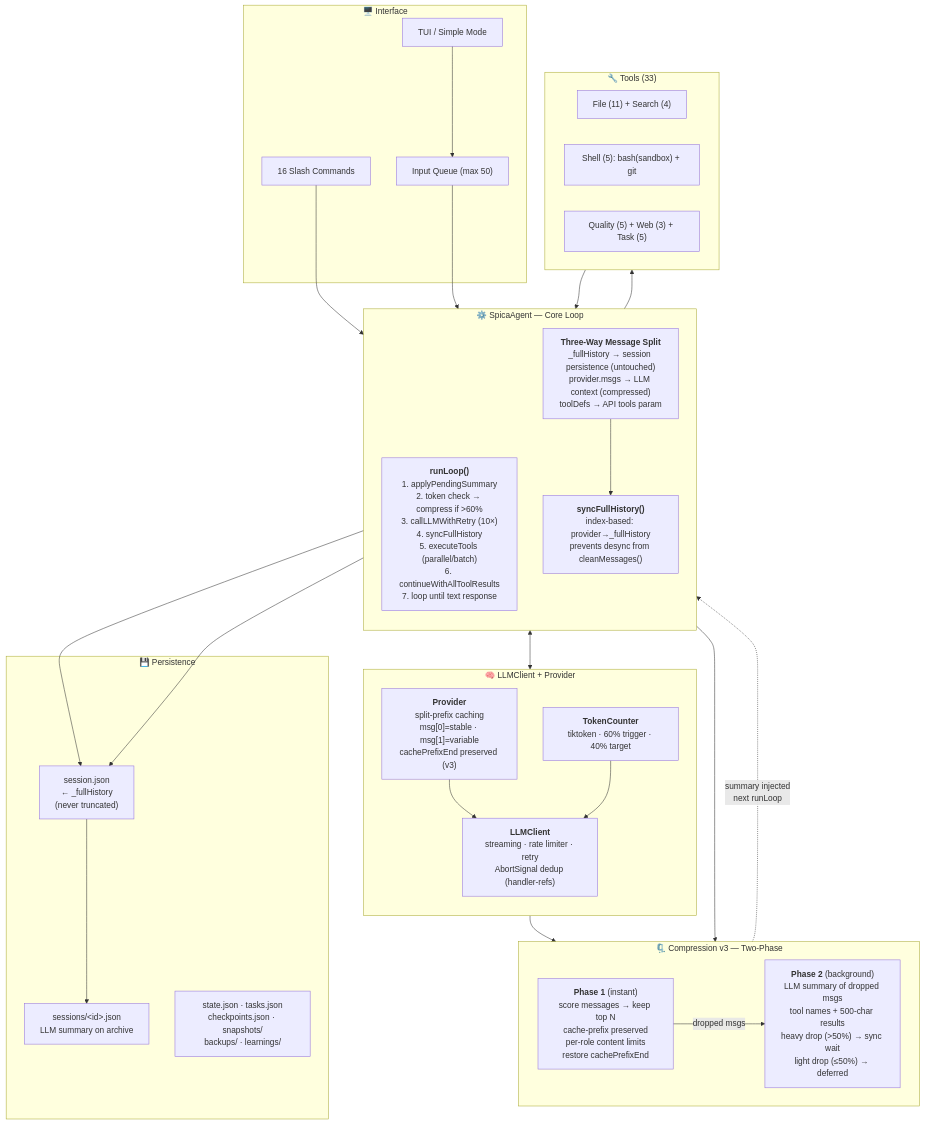
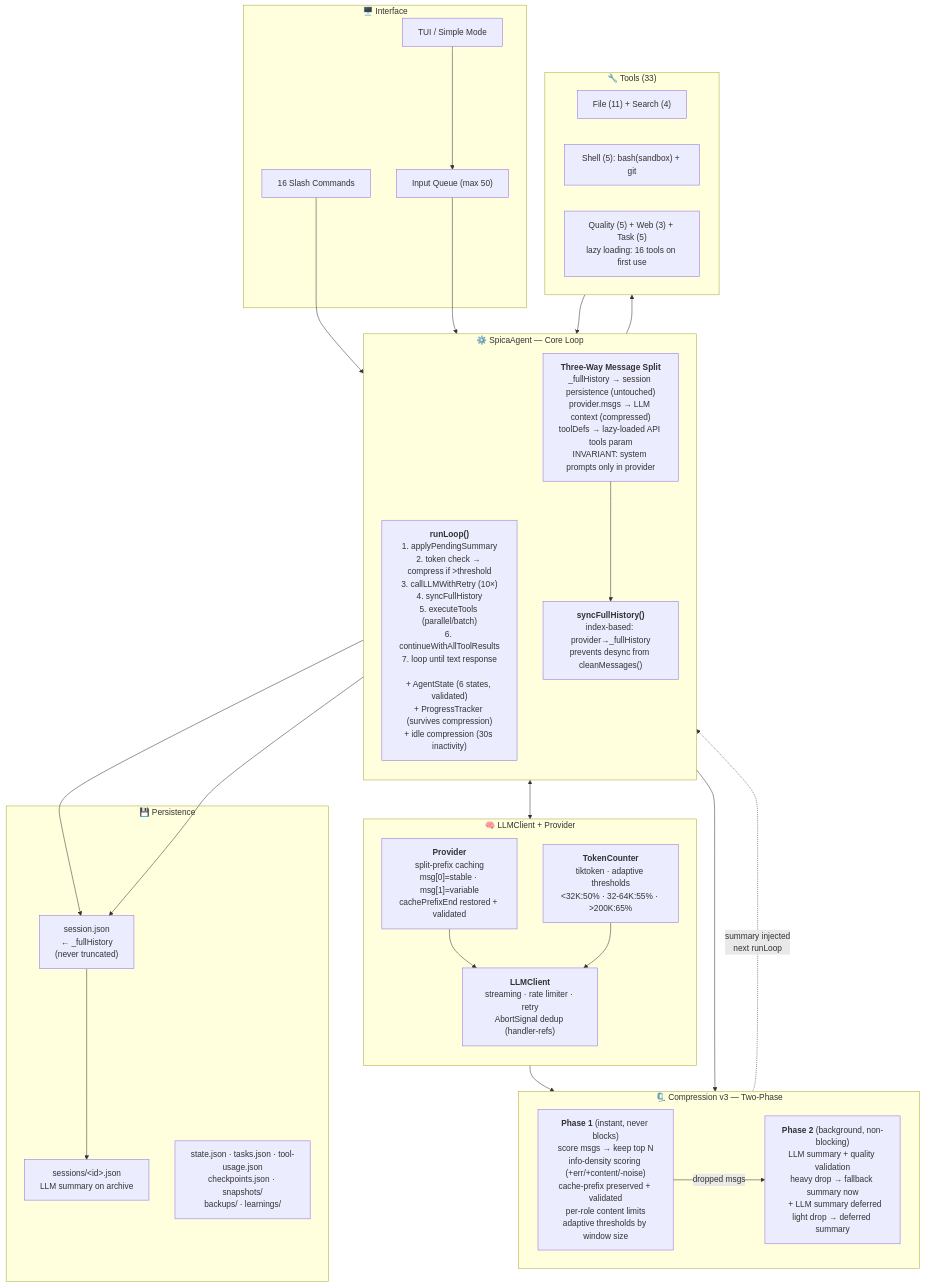
Before and after one commit to linnin233/spica-cli: the diagram in docs/architecture-simplified.mermaid, drawn with Mermaid. The commit also changed 5 other files, not shown here.

First line of the commit message:
docs(architecture): update diagrams for 12 tech-debt fixes

```diff
--- a/docs/architecture-simplified.mermaid
+++ b/docs/architecture-simplified.mermaid
@@ -1,64 +1,64 @@
 graph TB
     %% ═══════════════════════════════════════════════════════
     %% spica-cli Architecture — Simplified Version
     %% Focus: core data flows, key invariants, compression lifecycle
     %% ═══════════════════════════════════════════════════════
 
     subgraph UI["🖥️ Interface"]
         TUI["TUI / Simple Mode"]
         CMD["16 Slash Commands"]
         IQ["Input Queue (max 50)"]
     end
 
     subgraph AGENT["⚙️ SpicaAgent — Core Loop"]
         direction TB
-        LOOP["<b>runLoop()</b><br/>1. applyPendingSummary<br/>2. token check → compress if >60%<br/>3. callLLMWithRetry (10×)<br/>4. syncFullHistory<br/>5. executeTools (parallel/batch)<br/>6. continueWithAllToolResults<br/>7. loop until text response"]
-        MSG["<b>Three-Way Message Split</b><br/>_fullHistory → session persistence (untouched)<br/>provider.msgs → LLM context (compressed)<br/>toolDefs → API tools param"]
+        LOOP["<b>runLoop()</b><br/>1. applyPendingSummary<br/>2. token check → compress if >threshold<br/>3. callLLMWithRetry (10×)<br/>4. syncFullHistory<br/>5. executeTools (parallel/batch)<br/>6. continueWithAllToolResults<br/>7. loop until text response<br/><br/>+ AgentState (6 states, validated)<br/>+ ProgressTracker (survives compression)<br/>+ idle compression (30s inactivity)"]
+        MSG["<b>Three-Way Message Split</b><br/>_fullHistory → session persistence (untouched)<br/>provider.msgs → LLM context (compressed)<br/>toolDefs → lazy-loaded API tools param<br/>INVARIANT: system prompts only in provider"]
         SYNC["<b>syncFullHistory()</b><br/>index-based: provider→_fullHistory<br/>prevents desync from cleanMessages()"]
     end
 
     subgraph COMPRESS["🗜️ Compression v3 — Two-Phase"]
         direction LR
-        P1["<b>Phase 1</b> (instant)<br/>score messages → keep top N<br/>cache-prefix preserved<br/>per-role content limits<br/>restore cachePrefixEnd"]
-        P2["<b>Phase 2</b> (background)<br/>LLM summary of dropped msgs<br/>tool names + 500-char results<br/>heavy drop (>50%) → sync wait<br/>light drop (≤50%) → deferred"]
+        P1["<b>Phase 1</b> (instant, never blocks)<br/>score msgs → keep top N<br/>info-density scoring (+err/+content/-noise)<br/>cache-prefix preserved + validated<br/>per-role content limits<br/>adaptive thresholds by window size"]
+        P2["<b>Phase 2</b> (background, non-blocking)<br/>LLM summary + quality validation<br/>heavy drop → fallback summary now<br/>  + LLM summary deferred<br/>light drop → deferred summary"]
         P1 -->|"dropped msgs"| P2
         P2 -.->|"summary injected<br/>next runLoop"| LOOP
     end
 
     subgraph LLM["🧠 LLMClient + Provider"]
         direction TB
         CLIENT["<b>LLMClient</b><br/>streaming · rate limiter · retry<br/>AbortSignal dedup (handler-refs)"]
-        PROV["<b>Provider</b><br/>split-prefix caching<br/>msg[0]=stable · msg[1]=variable<br/>cachePrefixEnd preserved (v3)"]
-        TOKEN["<b>TokenCounter</b><br/>tiktoken · 60% trigger · 40% target"]
+        PROV["<b>Provider</b><br/>split-prefix caching<br/>msg[0]=stable · msg[1]=variable<br/>cachePrefixEnd restored + validated"]
+        TOKEN["<b>TokenCounter</b><br/>tiktoken · adaptive thresholds<br/><32K:50% · 32-64K:55% · >200K:65%"]
     end
 
     subgraph TOOLS["🔧 Tools (33)"]
         FILE["File (11) + Search (4)"]
         SHELL["Shell (5): bash(sandbox) + git"]
-        QA["Quality (5) + Web (3) + Task (5)"]
+        QA["Quality (5) + Web (3) + Task (5)<br/>lazy loading: 16 tools on first use"]
     end
 
     subgraph STORAGE["💾 Persistence"]
         ACTIVE["session.json<br/>← _fullHistory<br/>(never truncated)"]
         HIST["sessions/&lt;id&gt;.json<br/>LLM summary on archive"]
-        OTHER["state.json · tasks.json<br/>checkpoints.json · snapshots/<br/>backups/ · learnings/"]
+        OTHER["state.json · tasks.json · tool-usage.json<br/>checkpoints.json · snapshots/<br/>backups/ · learnings/"]
     end
 
     %% Edges
     TUI --> IQ
     CMD --> LOOP
     IQ --> LOOP
 
     LOOP <--> CLIENT
     PROV --> CLIENT
     TOKEN --> CLIENT
     LOOP --> P1
     TOKEN --> P1
 
     LOOP --> TOOLS
     TOOLS --> LOOP
 
     MSG --> SYNC
     SYNC --> ACTIVE
     LOOP --> ACTIVE
     ACTIVE --> HIST
```
